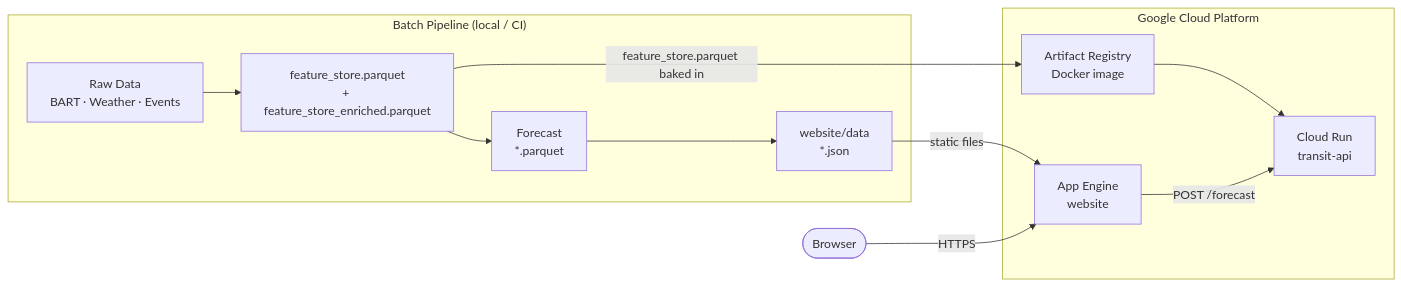
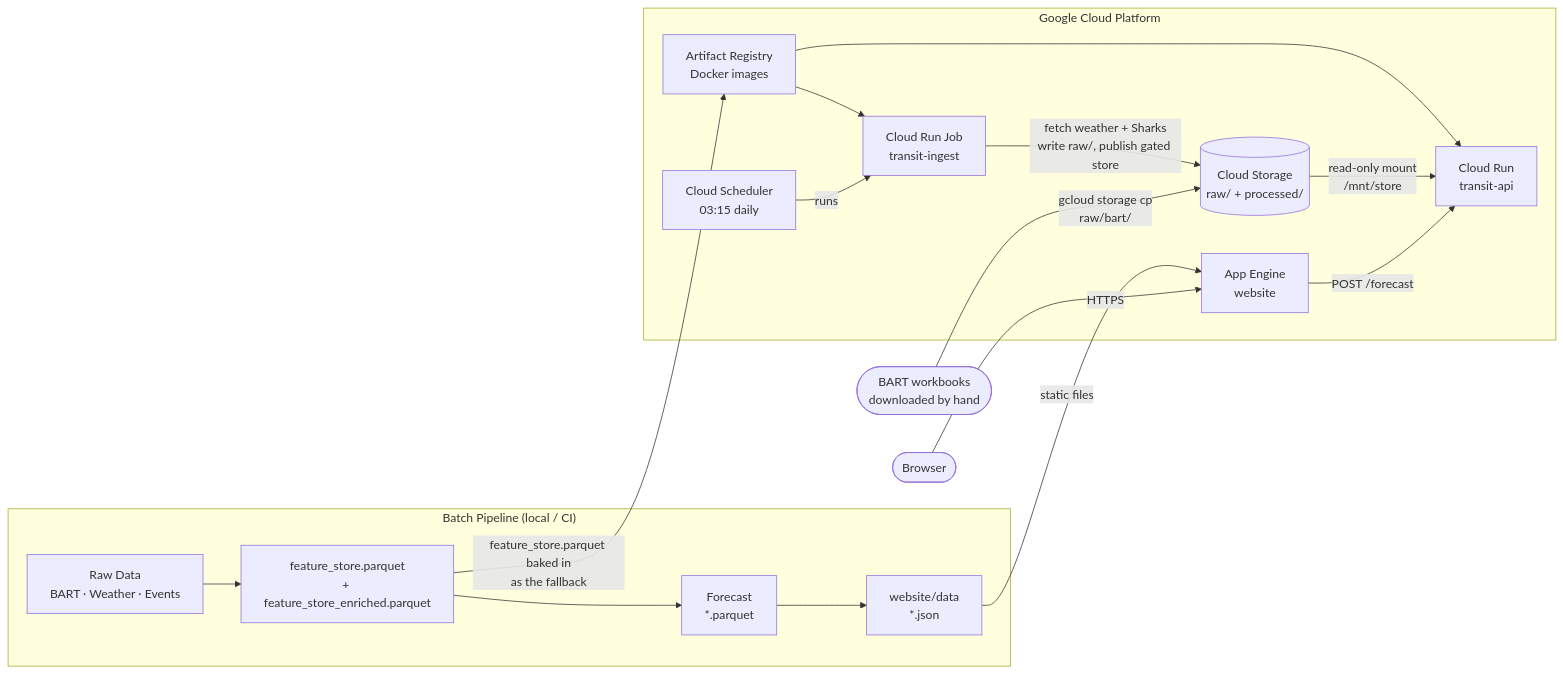
One commit to Dhruv-cs50/transit-demand-forecasting changed the diagram in README.md. Above: the diagram before and after it, drawn with Mermaid. The commit also changed other lines of this file and 5 other files, not shown here.

First line of the commit message:
Docs: cloud pipeline in README, ARCHITECTURE, DATA_PIPELINE, MANIFEST and the claims audit (S9-12)

````diff
--- a/README.md
+++ b/README.md
@@ -360,22 +442,30 @@
 ```mermaid
 flowchart LR
     subgraph Pipeline["Batch Pipeline (local / CI)"]
         RAW[Raw Data\nBART · Weather · Events]
         FS[feature_store.parquet\n+ feature_store_enriched.parquet]
         FC[Forecast\n*.parquet]
         JSON[website/data\n*.json]
         RAW --> FS --> FC --> JSON
     end
 
     subgraph GCP["Google Cloud Platform"]
-        AR[Artifact Registry\nDocker image]
+        AR[Artifact Registry\nDocker images]
         CR[Cloud Run\ntransit-api]
         GAE[App Engine\nwebsite]
-        FS -->|feature_store.parquet baked in| AR
+        GCS[(Cloud Storage\nraw/ + processed/)]
+        JOB[Cloud Run Job\ntransit-ingest]
+        SCH[Cloud Scheduler\n03:15 daily]
+        FS -->|feature_store.parquet baked in\nas the fallback| AR
         AR --> CR
+        AR --> JOB
         JSON -->|static files| GAE
+        SCH -->|runs| JOB
+        JOB -->|fetch weather + Sharks\nwrite raw/, publish gated store| GCS
+        GCS -->|read-only mount\n/mnt/store| CR
     end
 
+    BART([BART workbooks\ndownloaded by hand]) -->|gcloud storage cp\nraw/bart/| GCS
     USER([Browser]) -->|HTTPS| GAE
     GAE -->|POST /forecast| CR
 ```
````
